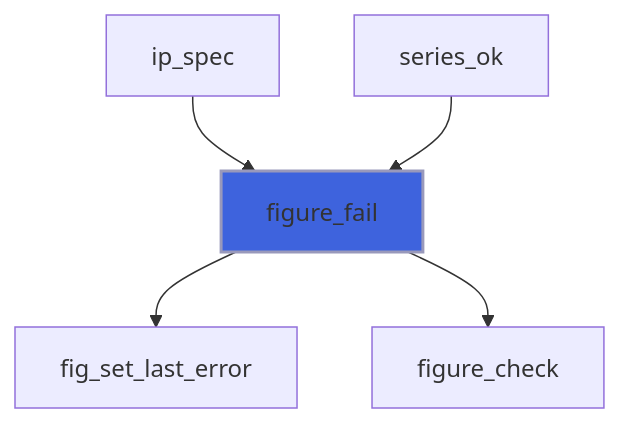
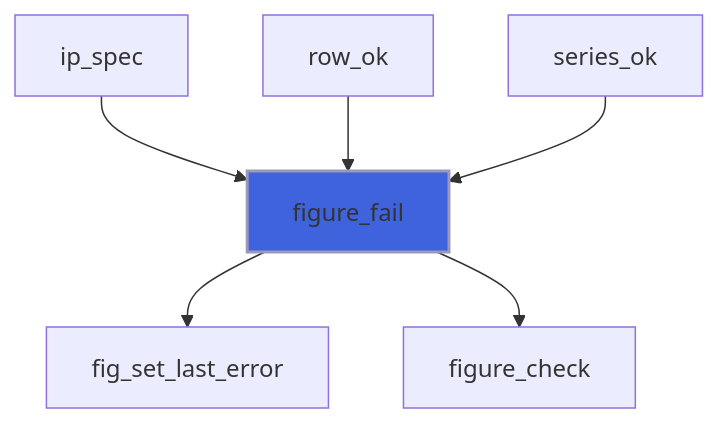
The third of 5 diagrams in docs/api/src/lib/figure_base.md (szaghi/figure), drawn with Mermaid before and after one commit. The commit also changed other lines of this file and 21 other files, not shown here.

````diff
--- a/docs/api/src/lib/figure_base.md
+++ b/docs/api/src/lib/figure_base.md
@@ -88,8 +92,9 @@
 ```mermaid
 flowchart TD
   ip_spec["ip_spec"] --> figure_fail["figure_fail"]
+  row_ok["row_ok"] --> figure_fail["figure_fail"]
   series_ok["series_ok"] --> figure_fail["figure_fail"]
   figure_fail["figure_fail"] --> fig_set_last_error["fig_set_last_error"]
   figure_fail["figure_fail"] --> figure_check["figure_check"]
   style figure_fail fill:#3e63dd,stroke:#99b,stroke-width:2px
 ```
````
